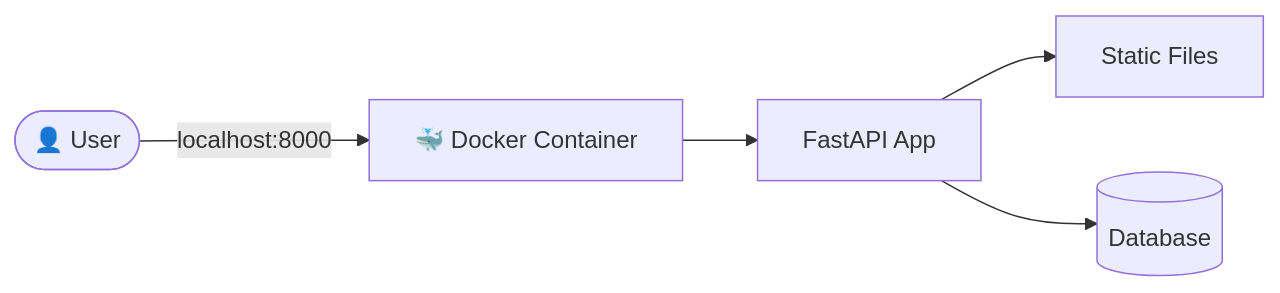
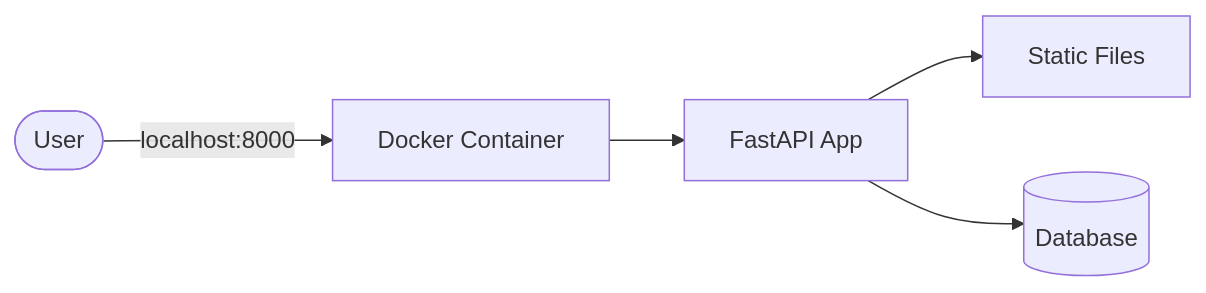
The seventh of 7 diagrams in architecture.md (anudra/pii-benchmark-framework), drawn with Mermaid before and after one commit. The commit also changed other lines of this file and 4 other files, not shown here.

````diff
--- a/architecture.md
+++ b/architecture.md
@@ -350,7 +348,7 @@
 ```mermaid
 graph LR
-    User([👤 User]) -->|localhost:8000| Docker[🐳 Docker Container]
+    User([User]) -->|localhost:8000| Docker[ Docker Container]
     Docker --> App[FastAPI App]
     App --> Files[Static Files]
     App --> DB[(Database)]
 ```
````
